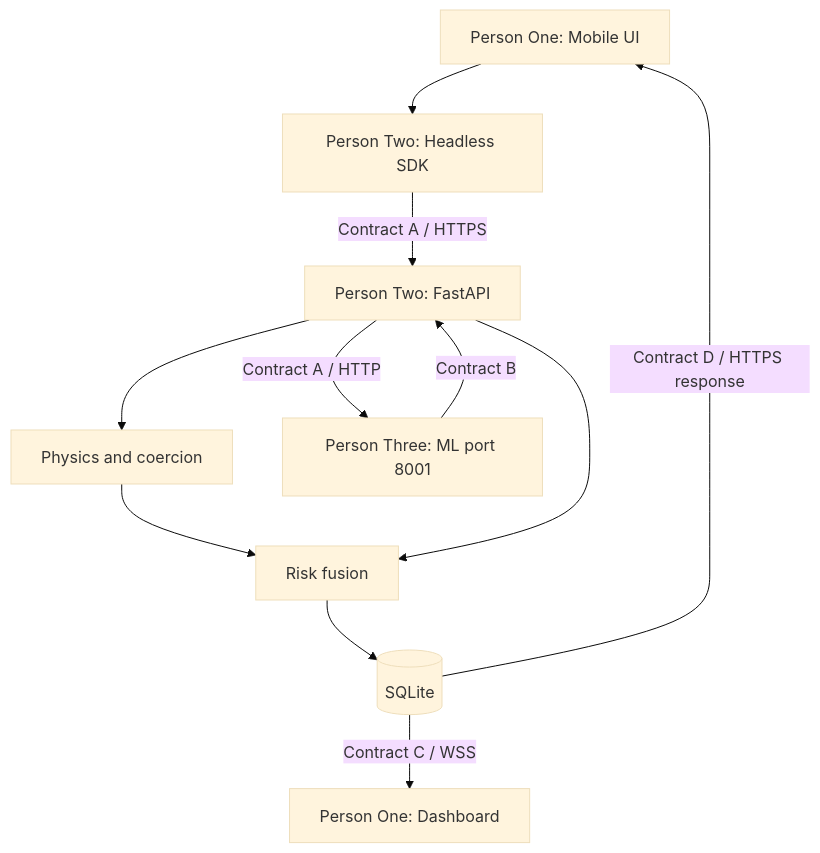
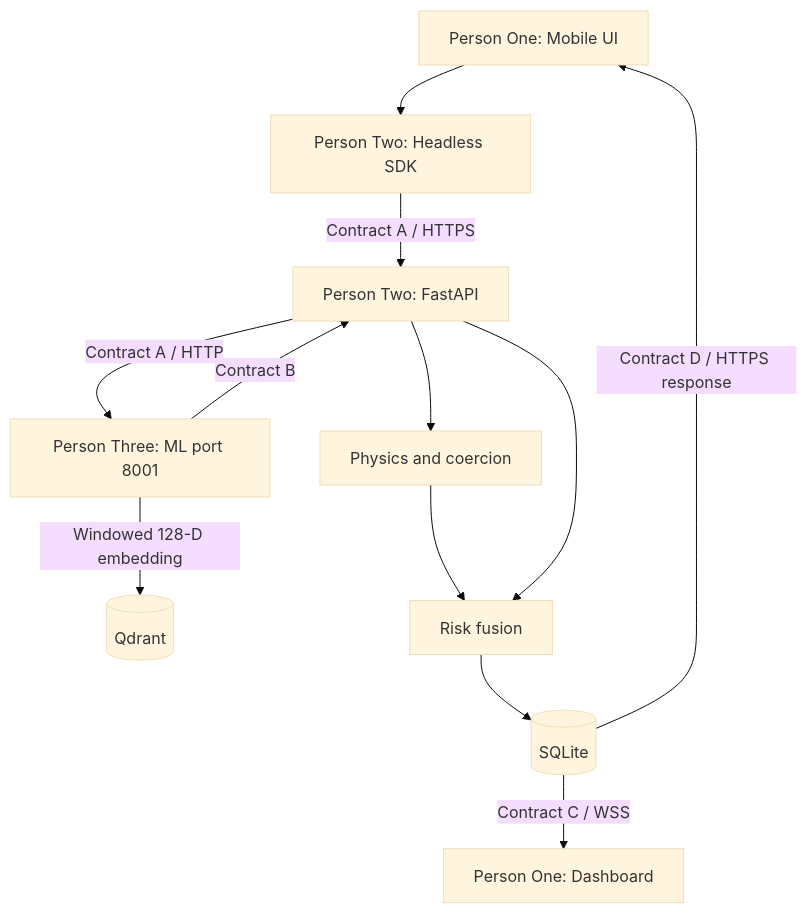
One commit to Dimkaghb/Sana changed the diagram in docs/ARCHITECTURE.md. Above: the diagram before and after it, drawn with Mermaid (base theme). The commit also changed other lines of this file and 65 other files, not shown here.

````diff
--- a/docs/ARCHITECTURE.md
+++ b/docs/ARCHITECTURE.md
@@ -5,13 +5,14 @@
 ```mermaid
 flowchart TD
     UI[Person One: Mobile UI] --> SDK[Person Two: Headless SDK]
     SDK -->|Contract A / HTTPS| API[Person Two: FastAPI]
     API --> PHY[Physics and coercion]
     API -->|Contract A / HTTP| ML[Person Three: ML port 8001]
+    ML -->|Windowed 128-D embedding| Q[(Qdrant)]
     ML -->|Contract B| API
     PHY --> FUSION[Risk fusion]
     API --> FUSION
     FUSION --> DB[(SQLite)]
     DB -->|Contract C / WSS| DASH[Person One: Dashboard]
     DB -->|Contract D / HTTPS response| UI
 ```
````
